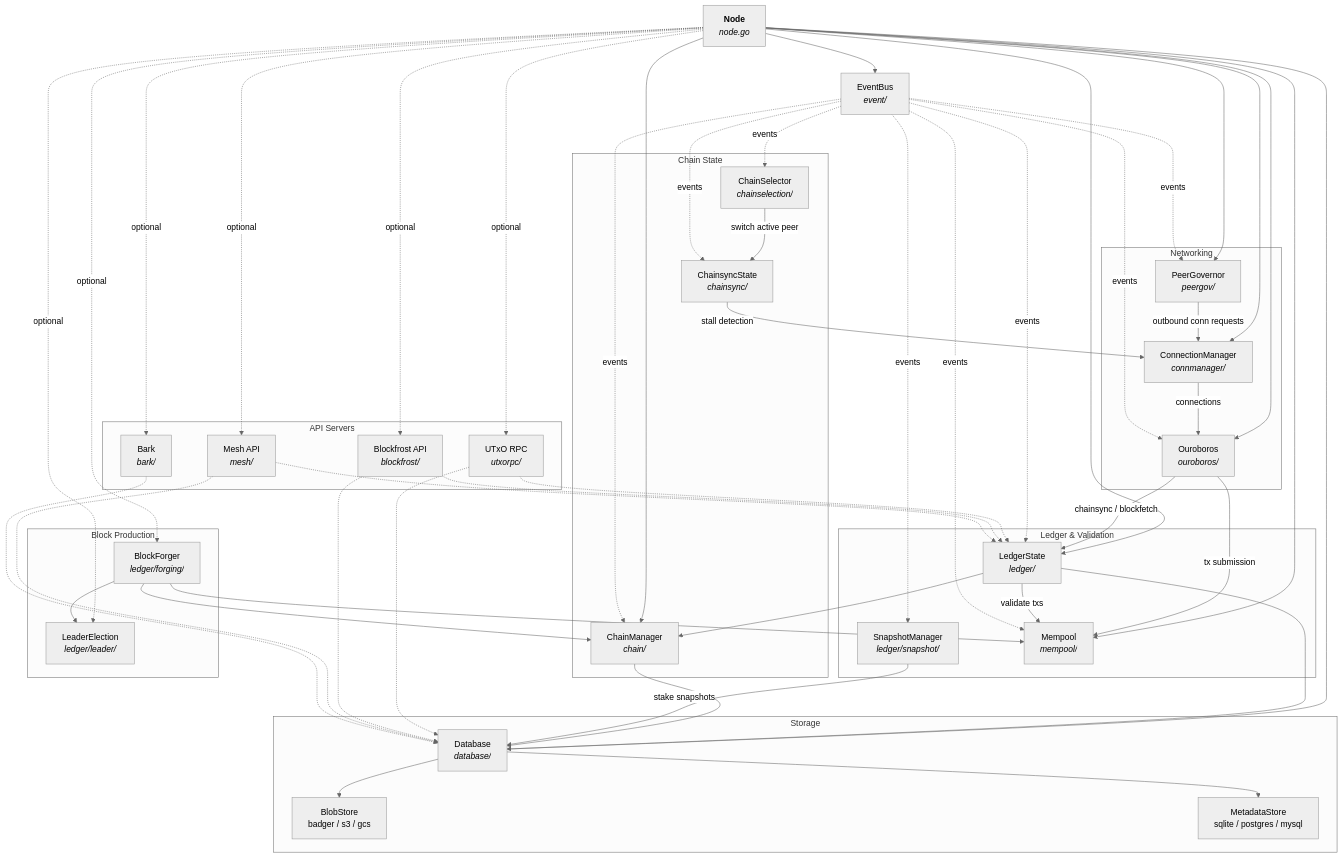
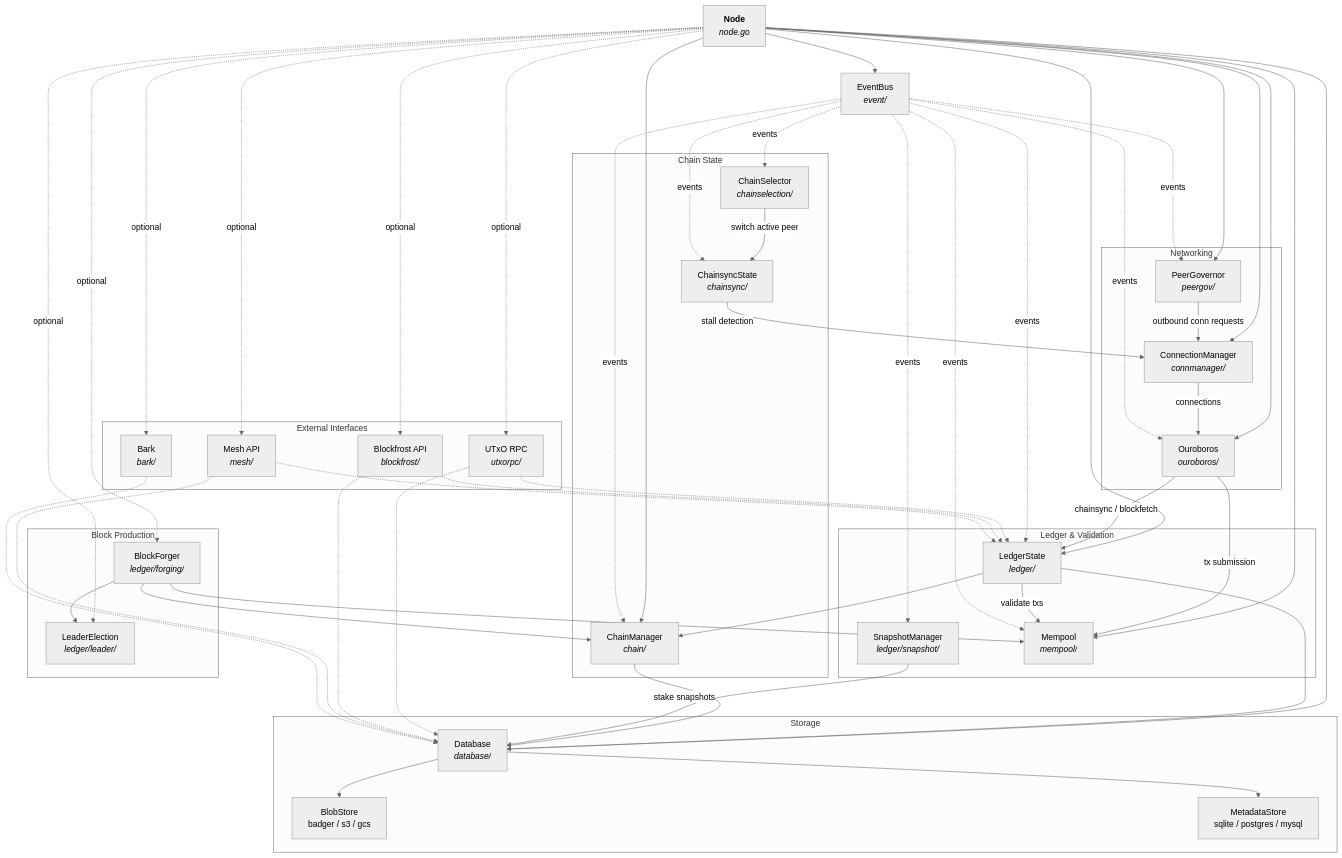
One commit to blinklabs-io/dingo changed the first of 5 diagrams in ARCHITECTURE.md. Above: the diagram before and after it, drawn with Mermaid (neutral theme). The commit also changed other lines of this file and 1 other file, not shown here.

Commit message:
docs: update readme and architecture (#1826)

````diff
--- a/ARCHITECTURE.md
+++ b/ARCHITECTURE.md
@@ -49,62 +49,62 @@
 ```mermaid
 graph TB
     Node["<b>Node</b><br/><i>node.go</i>"]
 
     subgraph Networking
         CM["ConnectionManager<br/><i>connmanager/</i>"]
         PG["PeerGovernor<br/><i>peergov/</i>"]
         OB["Ouroboros<br/><i>ouroboros/</i>"]
     end
 
     subgraph "Chain State"
         ChM["ChainManager<br/><i>chain/</i>"]
         CS["ChainsyncState<br/><i>chainsync/</i>"]
         CSel["ChainSelector<br/><i>chainselection/</i>"]
     end
 
     subgraph "Ledger & Validation"
         LS["LedgerState<br/><i>ledger/</i>"]
         SM["SnapshotManager<br/><i>ledger/snapshot/</i>"]
         MP["Mempool<br/><i>mempool/</i>"]
     end
 
     subgraph "Block Production"
         BF["BlockForger<br/><i>ledger/forging/</i>"]
         LE["LeaderElection<br/><i>ledger/leader/</i>"]
     end
 
     subgraph Storage
         DB["Database<br/><i>database/</i>"]
         Blob["BlobStore<br/>badger / s3 / gcs"]
         Meta["MetadataStore<br/>sqlite / postgres / mysql"]
     end
 
-    subgraph "API Servers"
+    subgraph "External Interfaces"
         URPC["UTxO RPC<br/><i>utxorpc/</i>"]
         BFA["Blockfrost API<br/><i>blockfrost/</i>"]
         Mesh["Mesh API<br/><i>mesh/</i>"]
         Bark["Bark<br/><i>bark/</i>"]
     end
 
     EB["EventBus<br/><i>event/</i>"]
 
     Node --> CM & PG & OB & ChM & LS & MP & DB & EB
     Node -.->|"optional"| BF & LE & URPC & BFA & Mesh & Bark
 
     PG -->|"outbound conn requests"| CM
     CM -->|"connections"| OB
     OB -->|"chainsync / blockfetch"| LS
     OB -->|"tx submission"| MP
     LS --> ChM & DB
     LS -->|"validate txs"| MP
     ChM --> DB
     DB --> Blob & Meta
     BF --> LE & MP & ChM
     SM -->|"stake snapshots"| DB
     CSel -->|"switch active peer"| CS
     CS -->|"stall detection"| CM
 
     EB -.->|"events"| LS & ChM & CS & CSel & PG & SM & OB & MP
     URPC & BFA & Mesh -.-> LS & DB
     Bark -.-> DB
 ```
````
